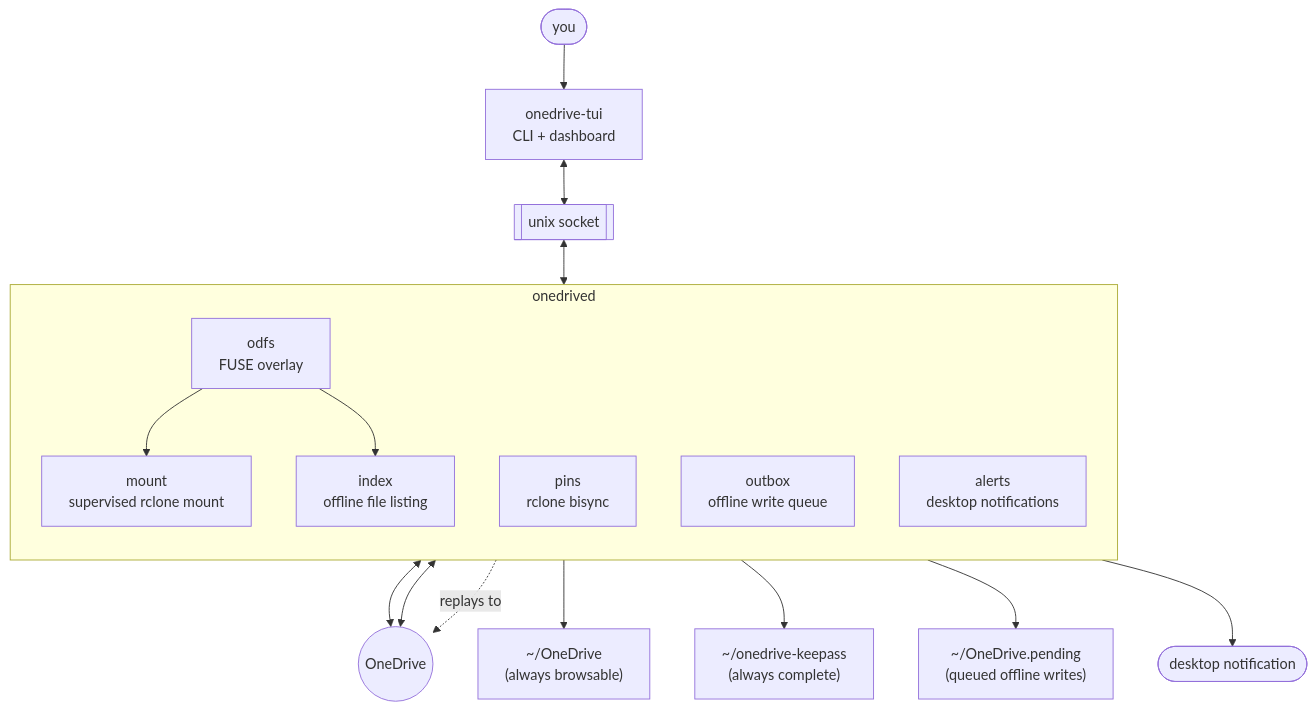
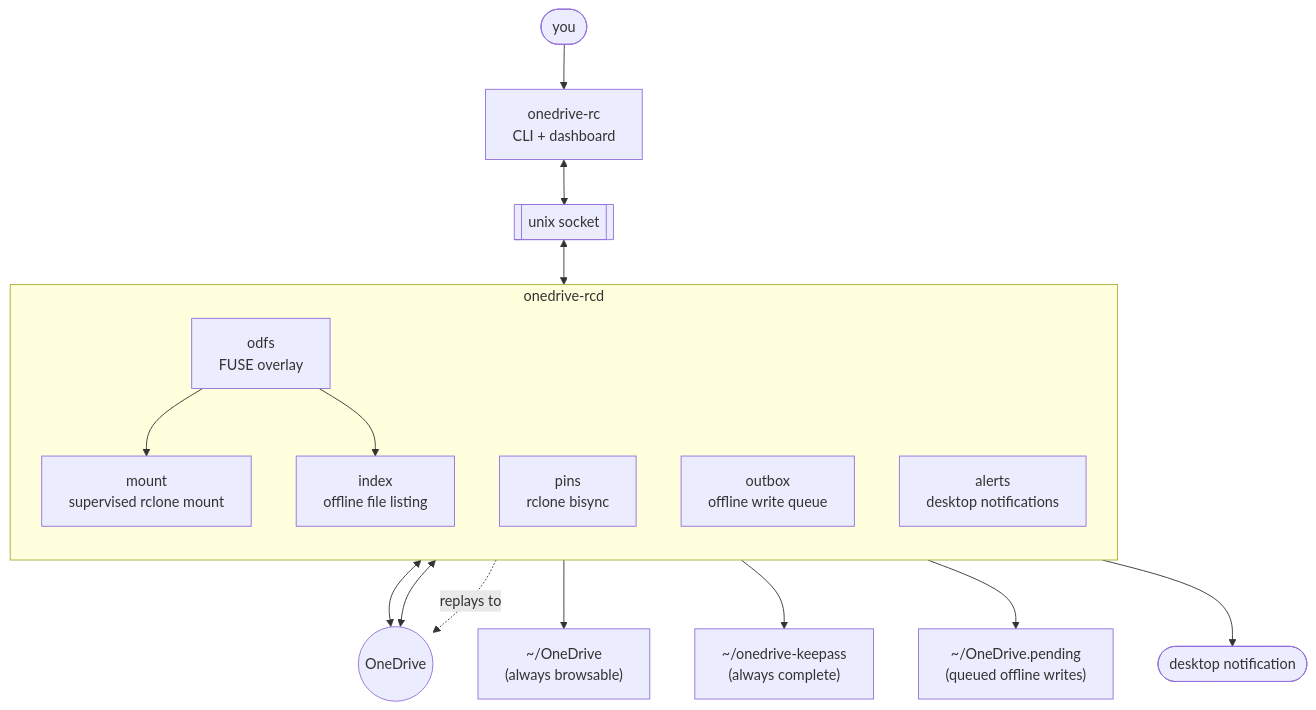
Before and after one commit to Yolo-TM/onedrive-mount: the diagram in README.md, drawn with Mermaid. The commit also changed other lines of this file and 55 other files, not shown here.

````diff
--- a/README.md
+++ b/README.md
@@ -34,27 +34,27 @@
 ```mermaid
 flowchart TB
-    User(["you"]) --> CLI["onedrive-tui<br/>CLI + dashboard"]
+    User(["you"]) --> CLI["onedrive-rc<br/>CLI + dashboard"]
     CLI <--> Sock[["unix socket"]]
 
-    subgraph D["onedrived"]
+    subgraph D["onedrive-rcd"]
         direction TB
         Mount["mount<br/>supervised rclone mount"]
         Odfs["odfs<br/>FUSE overlay"]
         Index["index<br/>offline file listing"]
         Pins["pins<br/>rclone bisync"]
         Outbox["outbox<br/>offline write queue"]
         Alerts["alerts<br/>desktop notifications"]
     end
 
     Sock <--> D
     Odfs --> Mount
     Odfs --> Index
     Mount <--> OneDrive(("OneDrive"))
     Pins <--> OneDrive
     Outbox -. replays to .-> OneDrive
 
     Odfs --> FS1["~/OneDrive<br/>(always browsable)"]
     Pins --> FS2["~/onedrive-keepass<br/>(always complete)"]
     Outbox --> FS3["~/OneDrive.pending<br/>(queued offline writes)"]
     Alerts --> Desktop(["desktop notification"])
 ```
````
